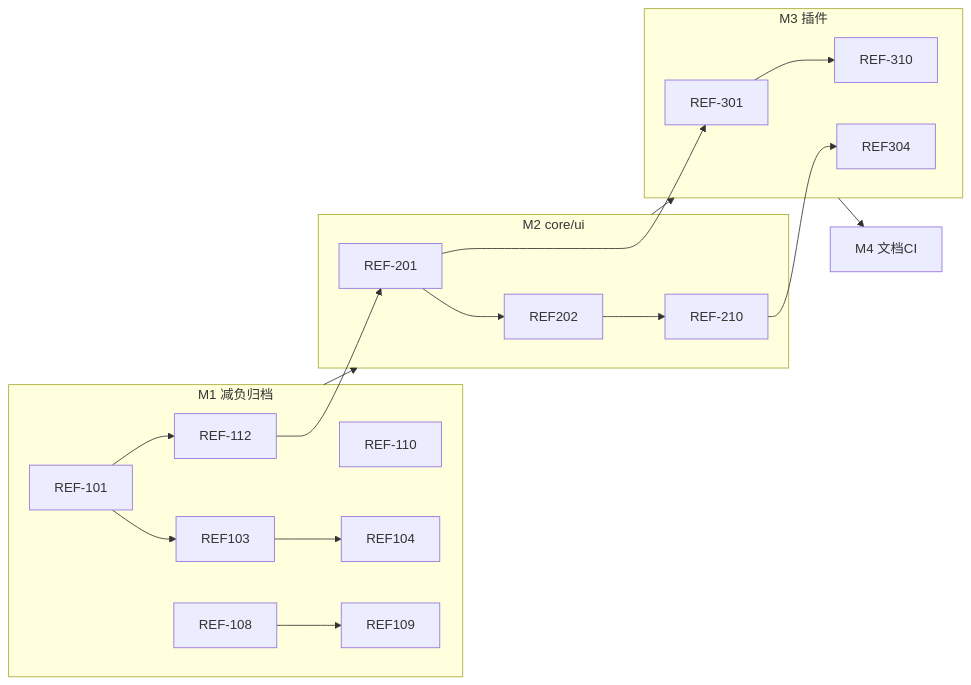
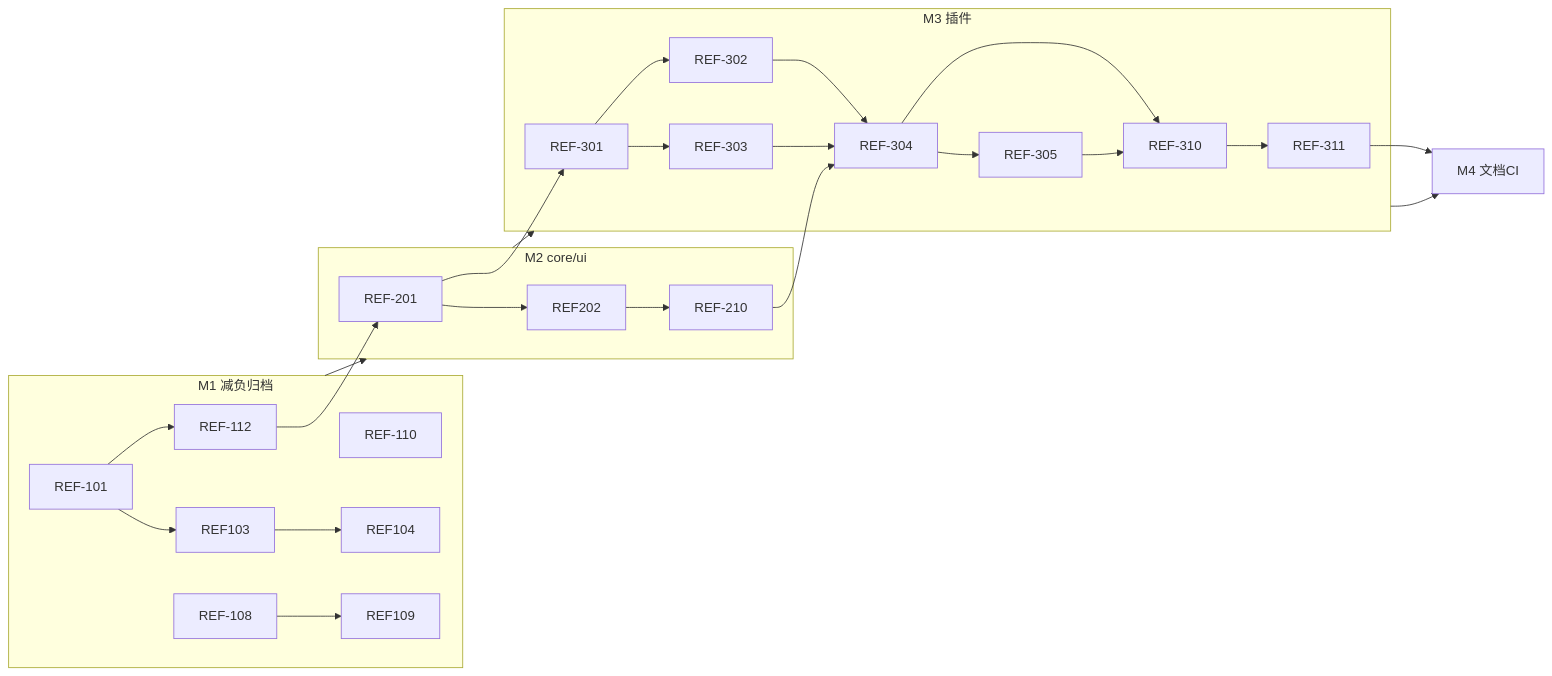
One commit to trueLoving/Pixuli changed the diagram in REFACTOR_PLAN.md. Above: the diagram before and after it, drawn with Mermaid. The commit also changed other lines of this file and 18 other files, not shown here.

````diff
--- a/REFACTOR_PLAN.md
+++ b/REFACTOR_PLAN.md
@@ -569,29 +584,39 @@
 ```mermaid
 flowchart LR
   subgraph M1[M1 减负归档]
     REF101[REF-101]
     REF108[REF-108]
     REF110[REF-110]
     REF112[REF-112]
     REF101 --> REF103
     REF103 --> REF104
     REF108 --> REF109
     REF101 --> REF112
   end
   subgraph M2[M2 core/ui]
     REF201[REF-201]
     REF210[REF-210]
     REF112 --> REF201
     REF201 --> REF202
     REF202 --> REF210
   end
   subgraph M3[M3 插件]
     REF301[REF-301]
+    REF304[REF-304]
     REF310[REF-310]
+    REF311[REF-311]
     REF201 --> REF301
-    REF301 --> REF310
+    REF301 --> REF302[REF-302]
+    REF301 --> REF303[REF-303]
+    REF302 --> REF304
+    REF303 --> REF304
+    REF304 --> REF305[REF-305]
+    REF304 --> REF310
+    REF305 --> REF310
+    REF310 --> REF311
     REF210 --> REF304
   end
   M1 --> M2 --> M3
   M3 --> M4[M4 文档CI]
+  REF311 --> M4
 ```
````
